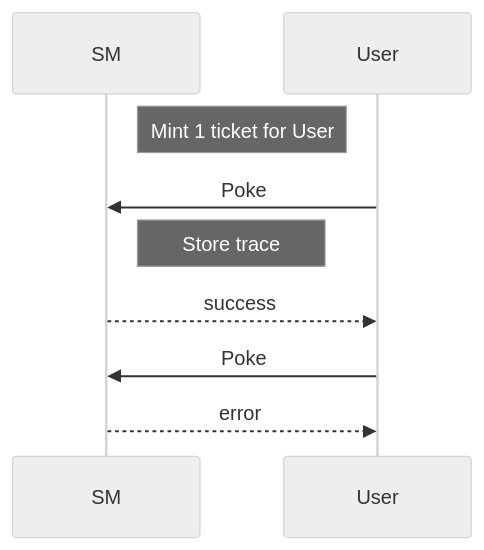
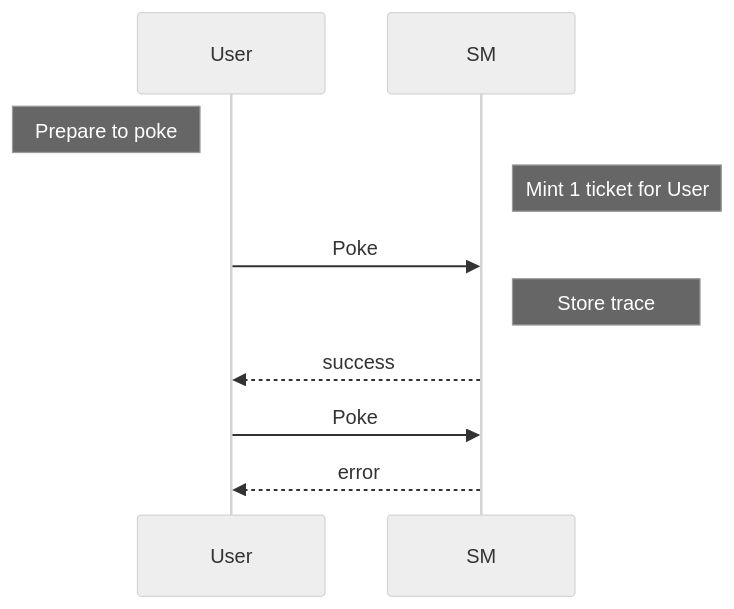
One commit to marigold-dev/training-dapp-3 changed the diagram in README.md. Above: the diagram before and after it, drawn with Mermaid (neutral theme).

````diff
--- a/README.md
+++ b/README.md
@@ -24,9 +24,10 @@
 ```mermaid
 sequenceDiagram
+  Note left of User : Prepare to poke
   Note right of SM : Mint 1 ticket for User
   User->>SM : Poke
   Note right of SM : Store trace
   SM-->>User : success
   User->>SM : Poke
   SM-->>User : error
 ```
````
